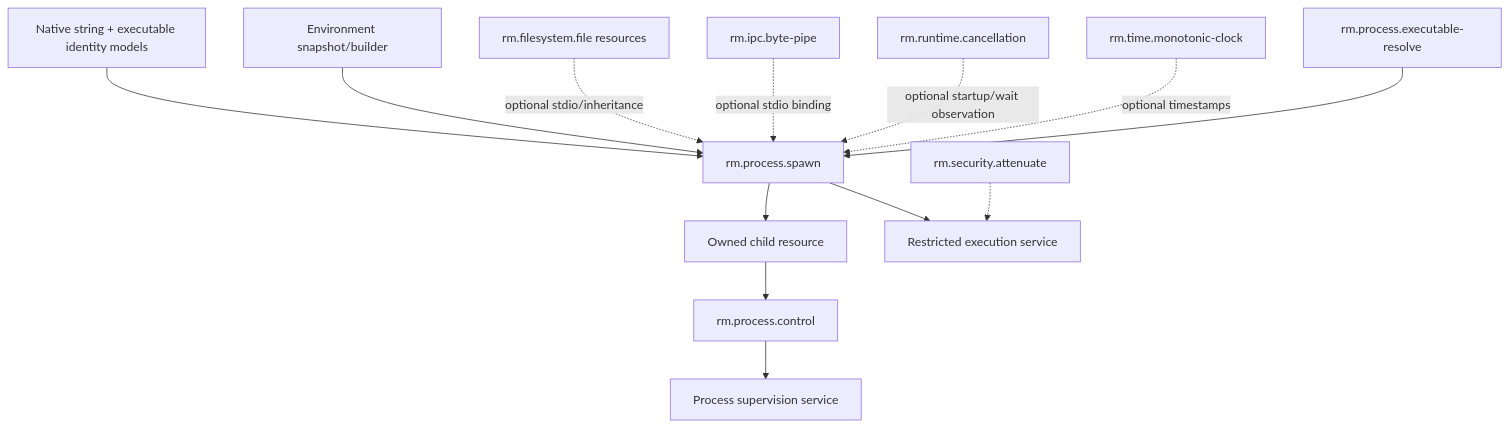
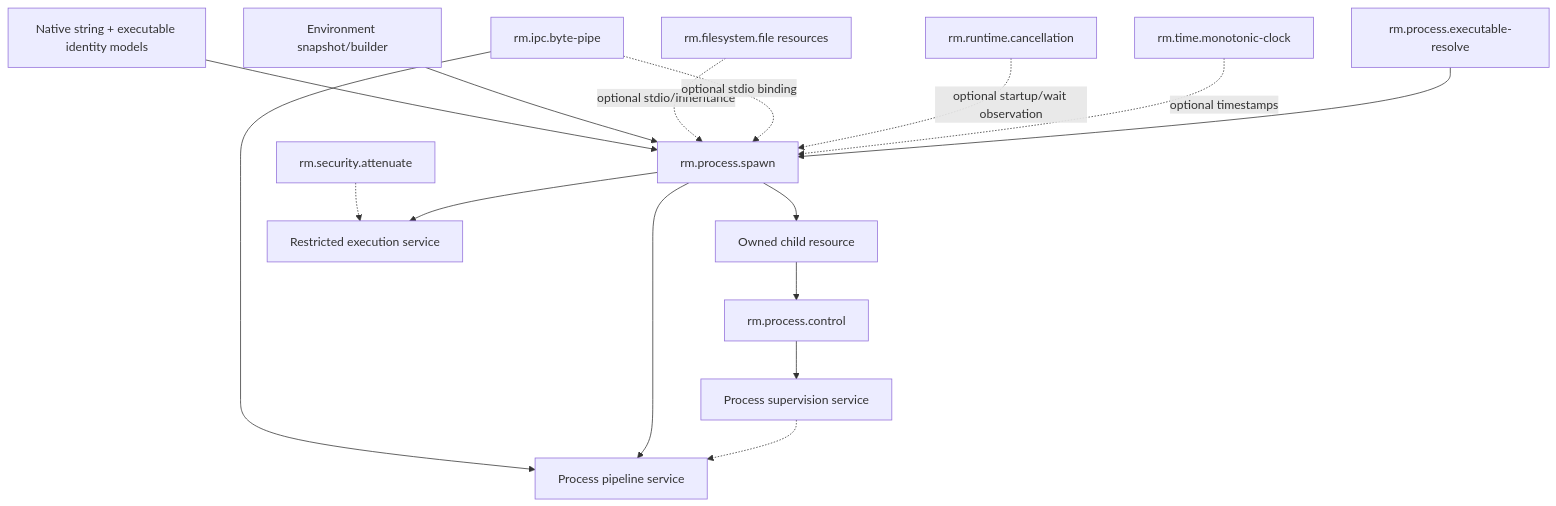
The diagram in docs/02-capabilities/process/README.md (Rusty-Mill/rusty_foundation_akb), drawn with Mermaid before and after one commit. The commit also changed other lines of this file and 4 other files, not shown here.

````diff
--- a/docs/02-capabilities/process/README.md
+++ b/docs/02-capabilities/process/README.md
@@ -16,15 +16,18 @@
 ```mermaid
 flowchart TD
     Native["Native string + executable identity models"] --> Spawn["rm.process.spawn"]
     Env["Environment snapshot/builder"] --> Spawn
     File["rm.filesystem.file resources"] -.->|"optional stdio/inheritance"| Spawn
     Pipe["rm.ipc.byte-pipe"] -.->|"optional stdio binding"| Spawn
     Cancel["rm.runtime.cancellation"] -.->|"optional startup/wait observation"| Spawn
     Clock["rm.time.monotonic-clock"] -.->|"optional timestamps"| Spawn
     Resolve["rm.process.executable-resolve"] --> Spawn
     Spawn --> Child["Owned child resource"]
     Child --> Control["rm.process.control"]
     Control --> Supervision["Process supervision service"]
+    Pipe --> Pipeline["Process pipeline service"]
+    Spawn --> Pipeline
+    Supervision -.-> Pipeline
     Attenuate["rm.security.attenuate"] -.-> Restricted["Restricted execution service"]
     Spawn --> Restricted
 ```
````
